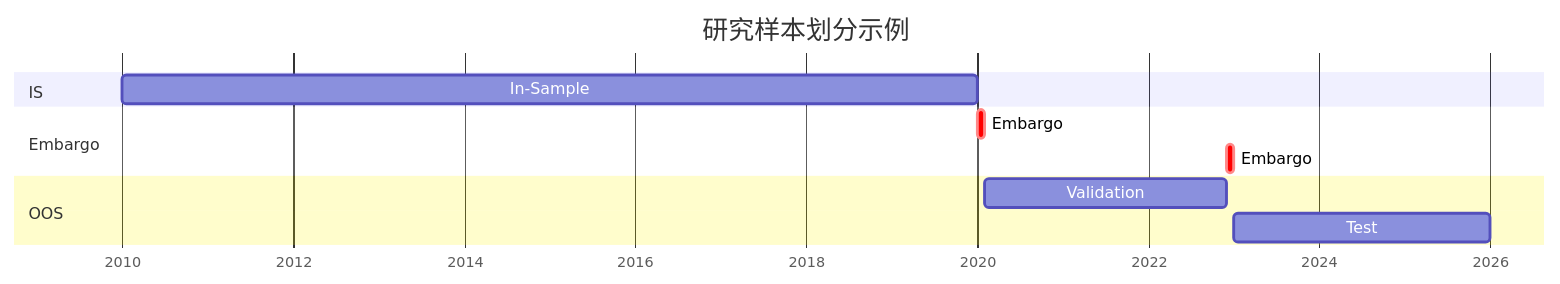
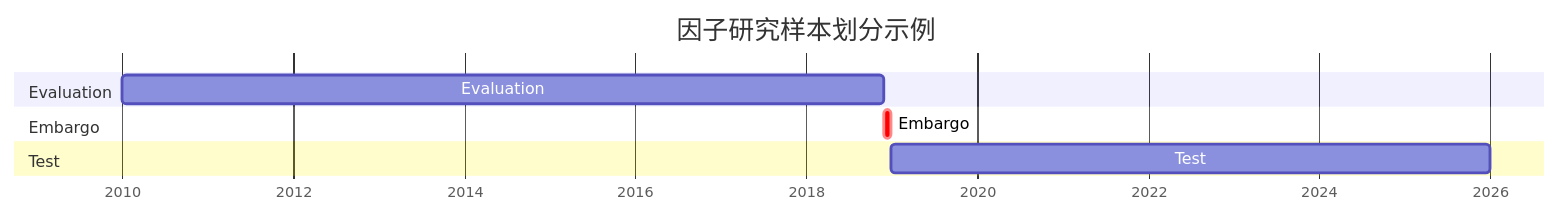
One commit to shjunz/factor-based-strategies changed the diagram in research_spec.md. Above: the diagram before and after it, drawn with Mermaid. The commit also changed other lines of this file and 1 other file, not shown here.

````diff
--- a/research_spec.md
+++ b/research_spec.md
@@ -508,16 +510,14 @@
 ```mermaid
 gantt
-    title 研究样本划分示例
+    title 因子研究样本划分示例
     dateFormat YYYY-MM
     axisFormat %Y
     tickInterval 1year
 
-    section IS
-    In-Sample               :is,   2010-01, 2020-01
+    section Evaluation
+    Evaluation              :eval, 2010-01, 2018-12
     section Embargo
-    Embargo                 :crit, emb, 2020-01, 2020-02
-    Embargo                 :crit, emb2, 2022-12, 2023-01
-    section OOS
-    Validation              :val,  2020-02, 2022-12
-    Test                    :test,  2023-01, 2026-01
+    Embargo                 :crit, emb, 2018-12, 2019-01
+    section Test
+    Test                    :test, 2019-01, 2026-01
 ```
````
